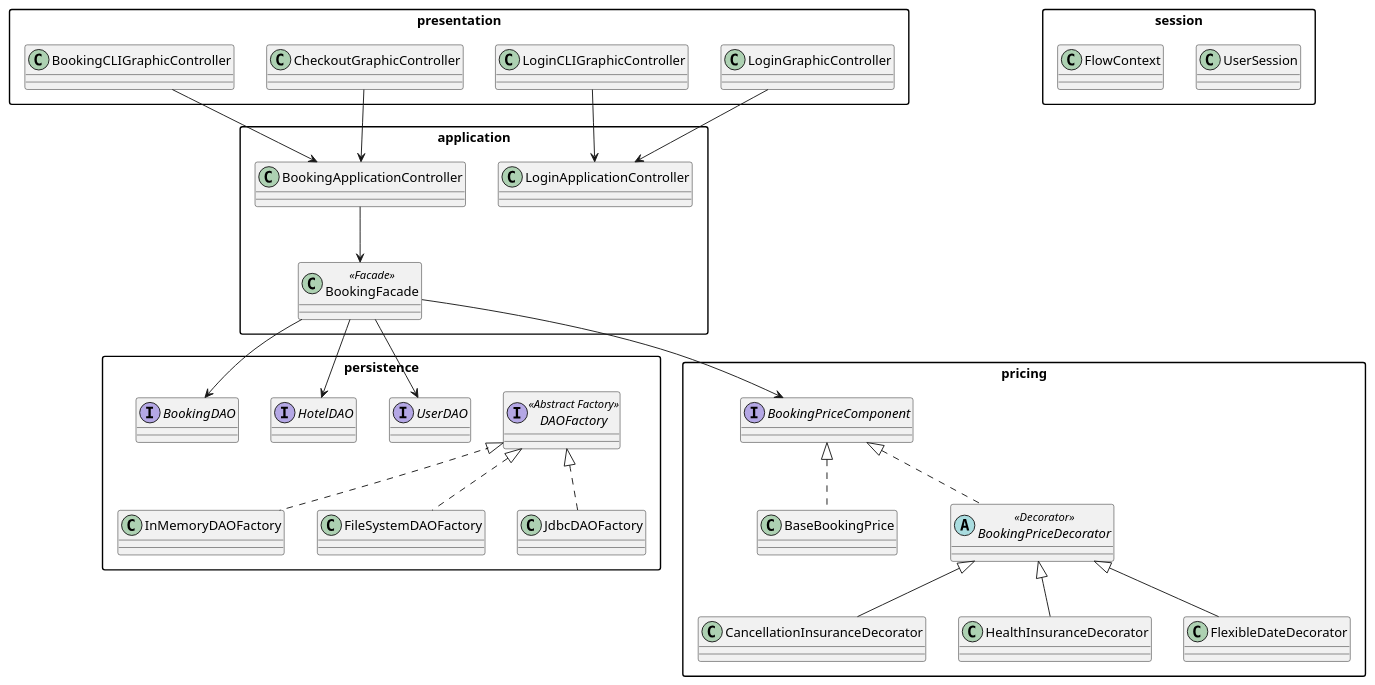
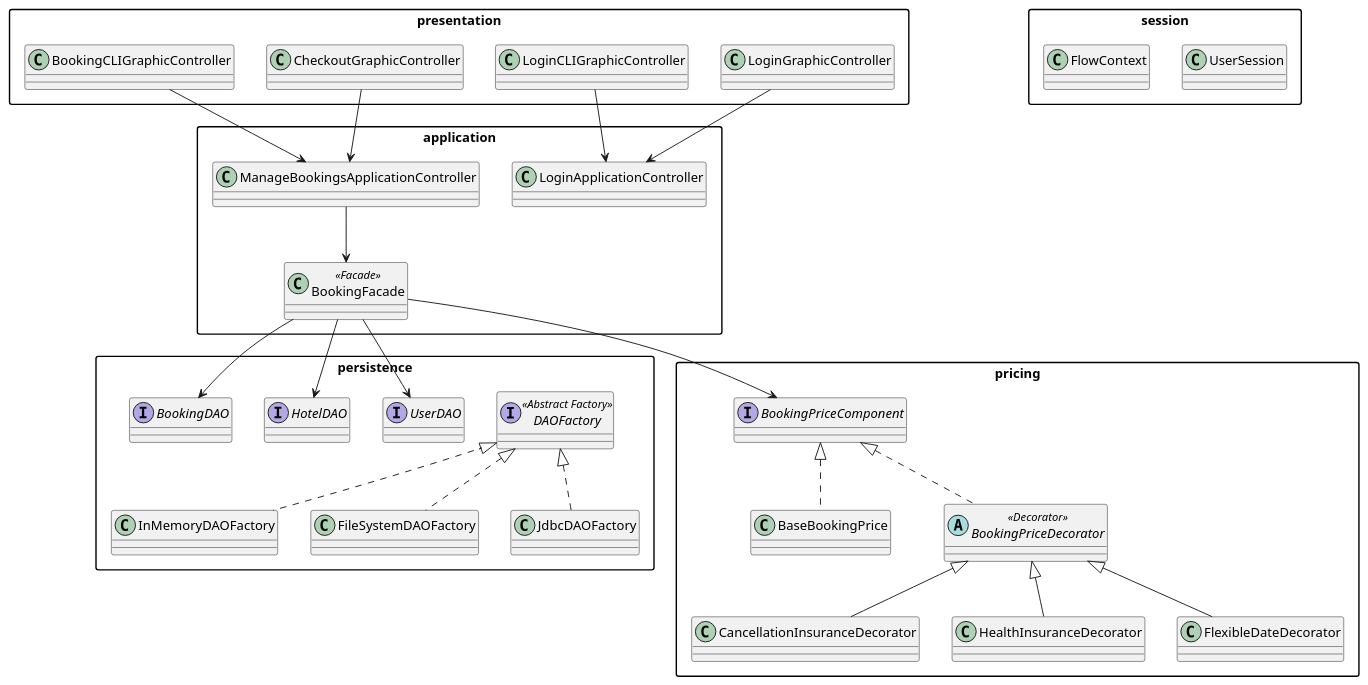
One commit to SammySignorile/adventure-time changed the diagram in docs/uml/design-level.puml. Above: the diagram before and after it, drawn with PlantUML. The commit also changed 18 other files, not shown here.

```diff
--- a/docs/uml/design-level.puml
+++ b/docs/uml/design-level.puml
@@ -1,53 +1,53 @@
 @startuml
 skinparam packageStyle rectangle
 package presentation {
   class LoginGraphicController
   class LoginCLIGraphicController
   class CheckoutGraphicController
   class BookingCLIGraphicController
 }
 package application {
   class LoginApplicationController
-  class BookingApplicationController
+  class ManageBookingsApplicationController
   class BookingFacade <<Facade>>
 }
 package persistence {
   interface DAOFactory <<Abstract Factory>>
   class InMemoryDAOFactory
   class FileSystemDAOFactory
   class JdbcDAOFactory
   interface UserDAO
   interface HotelDAO
   interface BookingDAO
 }
 package pricing {
   interface BookingPriceComponent
   class BaseBookingPrice
   abstract class BookingPriceDecorator <<Decorator>>
   class CancellationInsuranceDecorator
   class HealthInsuranceDecorator
   class FlexibleDateDecorator
 }
 package session {
   class UserSession
   class FlowContext
 }
 
 LoginGraphicController --> LoginApplicationController
 LoginCLIGraphicController --> LoginApplicationController
-CheckoutGraphicController --> BookingApplicationController
-BookingCLIGraphicController --> BookingApplicationController
-BookingApplicationController --> BookingFacade
+CheckoutGraphicController --> ManageBookingsApplicationController
+BookingCLIGraphicController --> ManageBookingsApplicationController
+ManageBookingsApplicationController --> BookingFacade
 BookingFacade --> UserDAO
 BookingFacade --> HotelDAO
 BookingFacade --> BookingDAO
 BookingFacade --> BookingPriceComponent
 BookingPriceComponent <|.. BaseBookingPrice
 BookingPriceComponent <|.. BookingPriceDecorator
 BookingPriceDecorator <|-- CancellationInsuranceDecorator
 BookingPriceDecorator <|-- HealthInsuranceDecorator
 BookingPriceDecorator <|-- FlexibleDateDecorator
 DAOFactory <|.. InMemoryDAOFactory
 DAOFactory <|.. FileSystemDAOFactory
 DAOFactory <|.. JdbcDAOFactory
 @enduml
```
